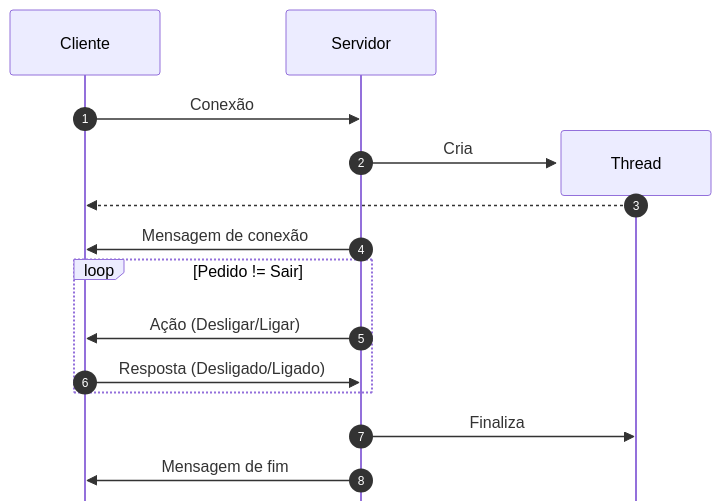
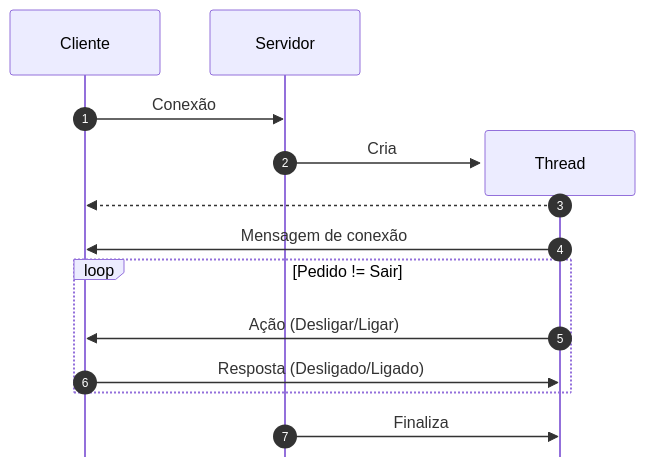
The second of 2 diagrams in readme.md (luizakuze/sockets-std), drawn with Mermaid before and after one commit. The commit also changed other lines of this file, not shown here.

````diff
--- a/readme.md
+++ b/readme.md
@@ -26,23 +26,23 @@
 ```mermaid
 ---
 config:
     sequence:
     mirrorActors: false
 ---
 sequenceDiagram
 autonumber
     participant C as Cliente
     participant S as Servidor
 
     C ->> S: Conexão
     create participant T as Thread
     S ->> T: Cria
     T -->> C: 
-    S ->> C: Mensagem de conexão
+    T ->> C: Mensagem de conexão
     loop Pedido != Sair
-        S ->> C: Ação (Desligar/Ligar)
-        C ->> S: Resposta (Desligado/Ligado)
+        T ->> C: Ação (Desligar/Ligar)
+        C ->> T : Resposta (Desligado/Ligado)
     end
     S ->> T: Finaliza
-    S ->> C: Mensagem de fim
+
 ```
````
